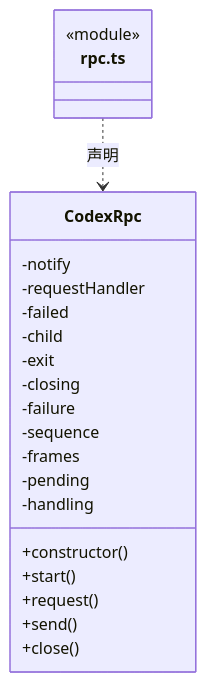
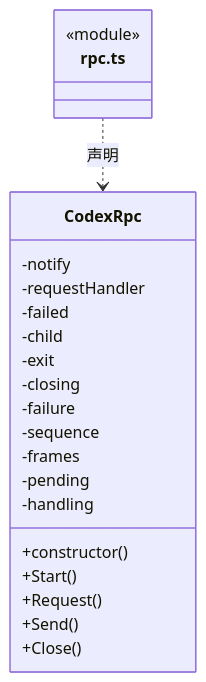
Before and after one commit to nan023062/cbim: the seventh of 13 diagrams in src/logic/execution/engines/codex/ARCHITECTURE.md, drawn with Mermaid. The commit also changed other lines of this file and 1035 other files, not shown here.

````diff
--- a/src/logic/execution/engines/codex/ARCHITECTURE.md
+++ b/src/logic/execution/engines/codex/ARCHITECTURE.md
@@ -149,25 +149,25 @@
 ```mermaid
 classDiagram
 class N_src_logic_execution_engines_codex_rpc_ts["rpc.ts"] {
   <<module>>
 }
 class N_src_logic_execution_engines_codex_rpc_ts_CodexRpc["CodexRpc"] {
   +constructor()
-  +start()
-  +request()
-  +send()
-  +close()
+  +Start()
+  +Request()
+  +Send()
+  +Close()
   -notify
   -requestHandler
   -failed
   -child
   -exit
   -closing
   -failure
   -sequence
   -frames
   -pending
   -handling
 }
 N_src_logic_execution_engines_codex_rpc_ts ..> N_src_logic_execution_engines_codex_rpc_ts_CodexRpc : 声明
 ```
````
